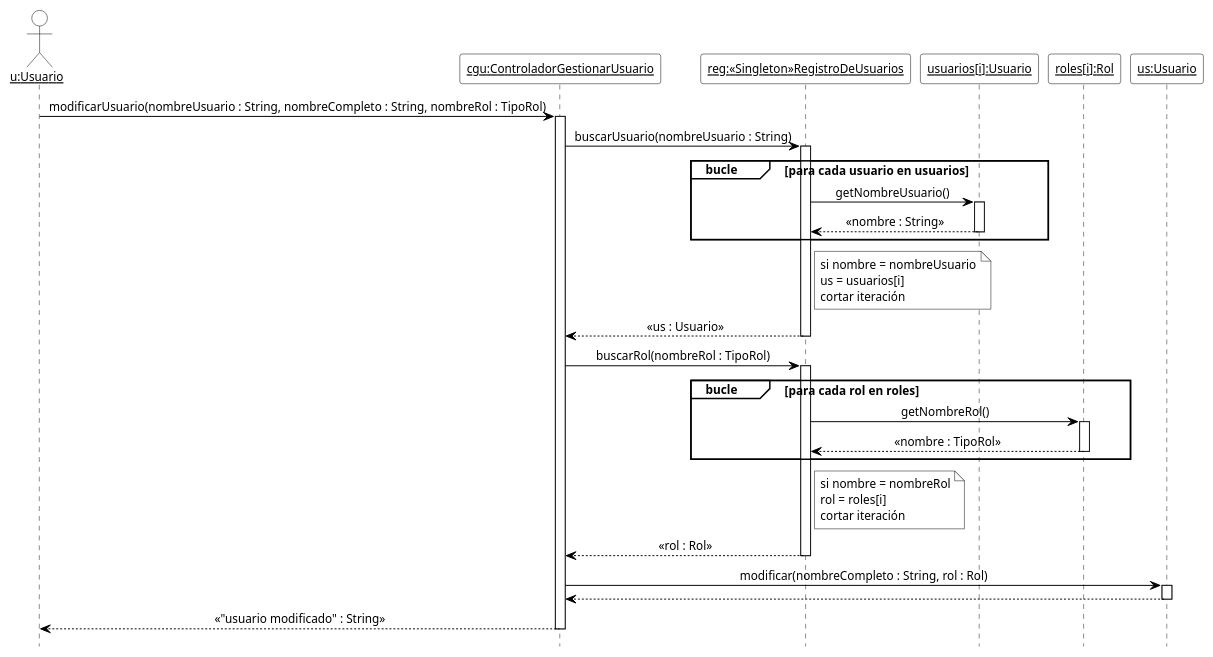
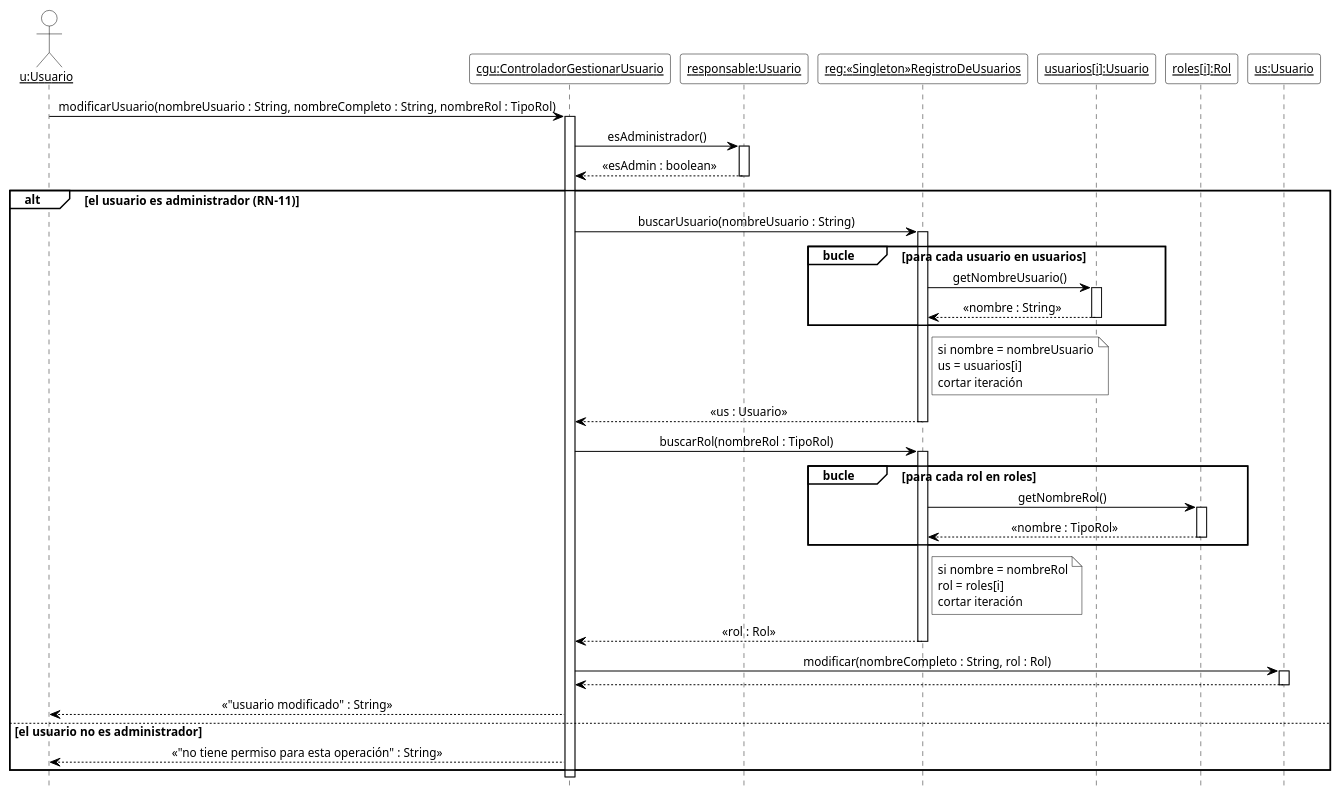
Before and after one commit to cirotop/Stock-Project: the diagram in 08-Diagrama De Secuencia/DSD_CU-02_modificarUsuario.puml, drawn with PlantUML. The commit also changed 20 other files, not shown here.

```diff
--- a/08-Diagrama De Secuencia/DSD_CU-02_modificarUsuario.puml
+++ b/08-Diagrama De Secuencia/DSD_CU-02_modificarUsuario.puml
@@ -1,58 +1,66 @@
 @startuml DSD_CU-02_modificarUsuario
 ' Diagrama de Secuencia de Diseño (DSD) - CU-02 Gestionar usuario - modificarUsuario
 ' Estilo de los ejemplos de la teoría (introducirArticulo / crearNuevaVenta).
 hide footbox
 skinparam shadowing false
 skinparam defaultFontName Arial
 skinparam defaultFontSize 12
 skinparam sequenceMessageAlign center
 skinparam ArrowColor black
 skinparam ParticipantBackgroundColor white
 skinparam ParticipantBorderColor black
 skinparam CollectionsBackgroundColor white
 skinparam CollectionsBorderColor black
 skinparam ActorBackgroundColor white
 skinparam ActorBorderColor black
 skinparam LifeLineBorderColor black
 skinparam LifeLineBackgroundColor white
 skinparam SequenceGroupBackgroundColor white
 skinparam SequenceGroupBorderColor black
 skinparam SequenceGroupHeaderFontColor black
 skinparam NoteBackgroundColor white
 skinparam NoteBorderColor black
 
 actor "<u>u:Usuario</u>" as u
 participant "<u>cgu:ControladorGestionarUsuario</u>" as cgu
+participant "<u>responsable:Usuario</u>" as resp
 participant "<u>reg:«Singleton»RegistroDeUsuarios</u>" as reg
 participant "<u>usuarios[i]:Usuario</u>" as ui
 participant "<u>roles[i]:Rol</u>" as ri
 participant "<u>us:Usuario</u>" as us
 
 u -> cgu ++ : modificarUsuario(nombreUsuario : String, nombreCompleto : String, nombreRol : TipoRol)
-cgu -> reg ++ : buscarUsuario(nombreUsuario : String)
-group bucle [para cada usuario en usuarios]
-  reg -> ui ++ : getNombreUsuario()
-  ui --> reg -- : «nombre : String»
+cgu -> resp ++ : esAdministrador()
+resp --> cgu -- : «esAdmin : boolean»
+alt el usuario es administrador (RN-11)
+  cgu -> reg ++ : buscarUsuario(nombreUsuario : String)
+  group bucle [para cada usuario en usuarios]
+    reg -> ui ++ : getNombreUsuario()
+    ui --> reg -- : «nombre : String»
+  end
+  note right of reg
+    si nombre = nombreUsuario
+    us = usuarios[i]
+    cortar iteración
+  end note
+  reg --> cgu -- : «us : Usuario»
+  cgu -> reg ++ : buscarRol(nombreRol : TipoRol)
+  group bucle [para cada rol en roles]
+    reg -> ri ++ : getNombreRol()
+    ri --> reg -- : «nombre : TipoRol»
+  end
+  note right of reg
+    si nombre = nombreRol
+    rol = roles[i]
+    cortar iteración
+  end note
+  reg --> cgu -- : «rol : Rol»
+  cgu -> us ++ : modificar(nombreCompleto : String, rol : Rol)
+  us --> cgu --
+  cgu --> u : «"usuario modificado" : String»
+else el usuario no es administrador
+  cgu --> u : «"no tiene permiso para esta operación" : String»
 end
-note right of reg
-  si nombre = nombreUsuario
-  us = usuarios[i]
-  cortar iteración
-end note
-reg --> cgu -- : «us : Usuario»
-cgu -> reg ++ : buscarRol(nombreRol : TipoRol)
-group bucle [para cada rol en roles]
-  reg -> ri ++ : getNombreRol()
-  ri --> reg -- : «nombre : TipoRol»
-end
-note right of reg
-  si nombre = nombreRol
-  rol = roles[i]
-  cortar iteración
-end note
-reg --> cgu -- : «rol : Rol»
-cgu -> us ++ : modificar(nombreCompleto : String, rol : Rol)
-us --> cgu --
-cgu --> u -- : «"usuario modificado" : String»
+deactivate cgu
 
 @enduml
```
